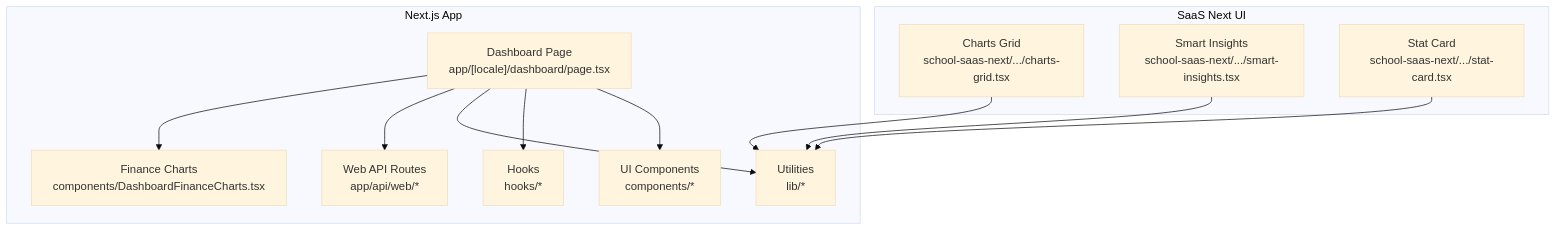
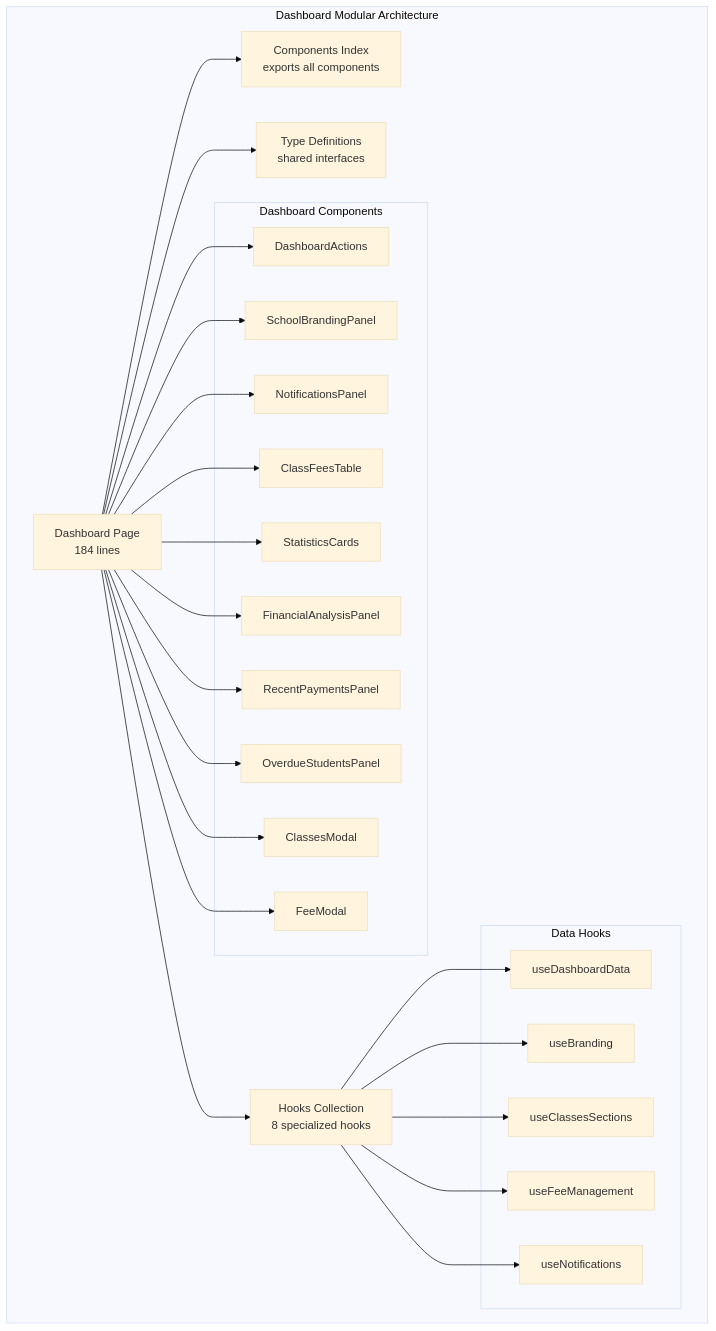
Before and after one commit to mustafaalkusaj/appschoolmustafa2002: the first of 4 diagrams in .qoder/repowiki/en/content/Dashboard & Analytics/Dashboard & Analytics.md, drawn with Mermaid (base theme). The commit also changed other lines of this file and 85 other files, not shown here.

````diff
--- a/.qoder/repowiki/en/content/Dashboard & Analytics/Dashboard & Analytics.md
+++ b/.qoder/repowiki/en/content/Dashboard & Analytics/Dashboard & Analytics.md
@@ -85,24 +92,46 @@
 ```mermaid
 graph TB
-subgraph "Next.js App"
-DP["Dashboard Page<br/>app/[locale]/dashboard/page.tsx"]
-DFC["Finance Charts<br/>components/DashboardFinanceCharts.tsx"]
-APIW["Web API Routes<br/>app/api/web/*"]
-UTIL["Utilities<br/>lib/*"]
-HOOKS["Hooks<br/>hooks/*"]
-CMPS["UI Components<br/>components/*"]
+subgraph "Dashboard Modular Architecture"
+DP["Dashboard Page<br/>184 lines"]
+IDX["Components Index<br/>exports all components"]
+HOOKS["Hooks Collection<br/>8 specialized hooks"]
+TYPES["Type Definitions<br/>shared interfaces"]
+subgraph "Dashboard Components"
+DA["DashboardActions"]
+SBP["SchoolBrandingPanel"]
+NP["NotificationsPanel"]
+CFT["ClassFeesTable"]
+SC["StatisticsCards"]
+FAP["FinancialAnalysisPanel"]
+RP["RecentPaymentsPanel"]
+OSP["OverdueStudentsPanel"]
+CM["ClassesModal"]
+FM["FeeModal"]
 end
-subgraph "SaaS Next UI"
-CG["Charts Grid<br/>school-saas-next/.../charts-grid.tsx"]
-SI["Smart Insights<br/>school-saas-next/.../smart-insights.tsx"]
-SC["Stat Card<br/>school-saas-next/.../stat-card.tsx"]
+subgraph "Data Hooks"
+UDD["useDashboardData"]
+UB["useBranding"]
+UCS["useClassesSections"]
+UFM["useFeeManagement"]
+UN["useNotifications"]
 end
-DP --> DFC
-DP --> APIW
-DP --> UTIL
+end
+DP --> IDX
+DP --> TYPES
 DP --> HOOKS
-DP --> CMPS
-CG --> UTIL
-SI --> UTIL
-SC --> UTIL
+DP --> DA
+DP --> SBP
+DP --> NP
+DP --> CFT
+DP --> SC
+DP --> FAP
+DP --> RP
+DP --> OSP
+DP --> CM
+DP --> FM
+HOOKS --> UDD
+HOOKS --> UB
+HOOKS --> UCS
+HOOKS --> UFM
+HOOKS --> UN
 ```
````
